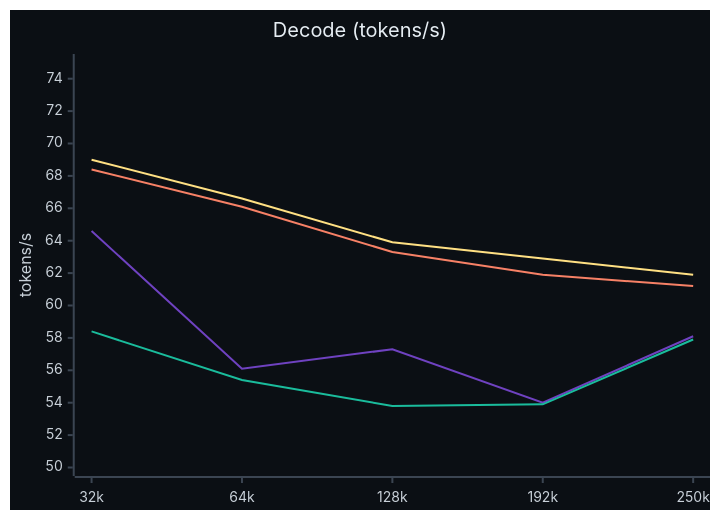
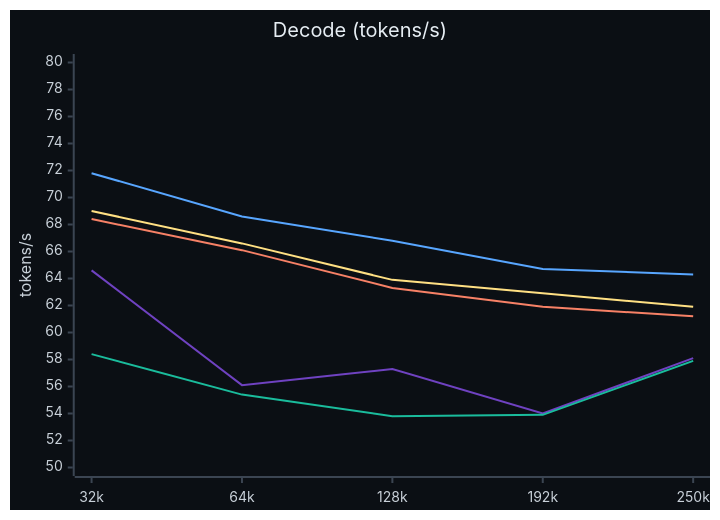
The third of 4 diagrams in docs/RESULTS.md (jaedync/crucible-strix-halo), drawn with Mermaid before and after one commit. The commit also changed other lines of this file and 63 other files, not shown here.

````diff
--- a/docs/RESULTS.md
+++ b/docs/RESULTS.md
@@ -147,11 +152,12 @@
 ```mermaid
-%%{init: {"theme": "base", "themeVariables": {"xyChart": {"backgroundColor": "#0b0f14", "titleColor": "#e6edf3", "xAxisLabelColor": "#c9d1d9", "yAxisLabelColor": "#c9d1d9", "xAxisTitleColor": "#c9d1d9", "yAxisTitleColor": "#c9d1d9", "xAxisLineColor": "#3b4552", "yAxisLineColor": "#3b4552", "xAxisTickColor": "#3b4552", "yAxisTickColor": "#3b4552", "plotColorPalette": "#6f42c1, #1abc9c, #f78166, #ffe083"}}}}%%
+%%{init: {"theme": "base", "themeVariables": {"xyChart": {"backgroundColor": "#0b0f14", "titleColor": "#e6edf3", "xAxisLabelColor": "#c9d1d9", "yAxisLabelColor": "#c9d1d9", "xAxisTitleColor": "#c9d1d9", "yAxisTitleColor": "#c9d1d9", "xAxisLineColor": "#3b4552", "yAxisLineColor": "#3b4552", "xAxisTickColor": "#3b4552", "yAxisTickColor": "#3b4552", "plotColorPalette": "#6f42c1, #1abc9c, #f78166, #ffe083, #58a6ff"}}}}%%
 xychart-beta
     title "Decode (tokens/s)"
     x-axis ["32k", "64k", "128k", "192k", "250k"]
-    y-axis "tokens/s" 50 --> 75
+    y-axis "tokens/s" 50 --> 80
     line [64.6, 56.1, 57.3, 54.0, 58.1]
     line [58.4, 55.4, 53.8, 53.9, 57.9]
     line [68.4, 66.1, 63.3, 61.9, 61.2]
     line [69.0, 66.6, 63.9, 62.9, 61.9]
+    line [71.8, 68.6, 66.8, 64.7, 64.3]
 ```
````
